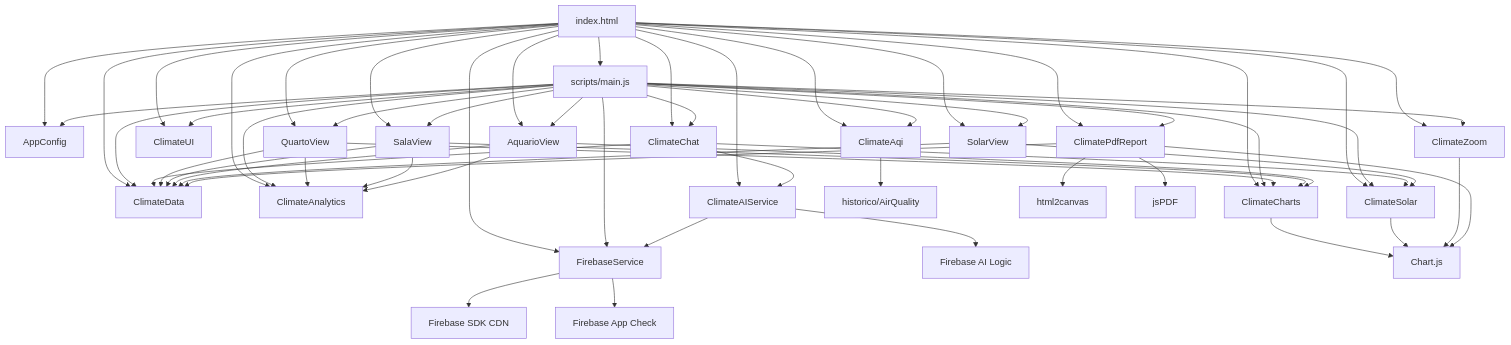
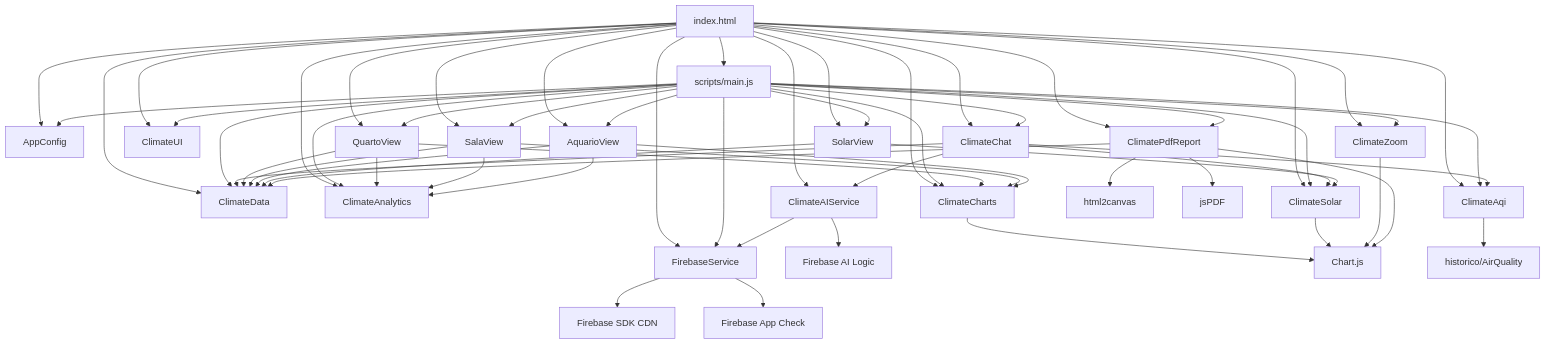
The first of 2 diagrams in docs/DEPENDENCY_MAP.md (anvmano/anvmano.github.io), drawn with Mermaid before and after one commit. The commit also changed other lines of this file and 32 other files, not shown here.

````diff
--- a/docs/DEPENDENCY_MAP.md
+++ b/docs/DEPENDENCY_MAP.md
@@ -5,63 +5,64 @@
 ```mermaid
 graph TD
     HTML[index.html] --> Config[AppConfig]
     HTML --> Data[ClimateData]
     HTML --> Analytics[ClimateAnalytics]
     HTML --> Solar[ClimateSolar]
     HTML --> Charts[ClimateCharts]
     HTML --> Aqi[ClimateAqi]
     HTML --> Firebase[FirebaseService]
     HTML --> AI[ClimateAIService]
     HTML --> Chat[ClimateChat]
     HTML --> UI[ClimateUI]
     HTML --> Zoom[ClimateZoom]
     HTML --> Pdf[ClimatePdfReport]
     HTML --> Quarto[QuartoView]
     HTML --> Aquario[AquarioView]
     HTML --> Sala[SalaView]
     HTML --> SolarView[SolarView]
     HTML --> Main[scripts/main.js]
 
     Main --> Config
     Main --> Data
     Main --> Analytics
     Main --> Solar
     Main --> Charts
     Main --> Aqi
     Main --> Firebase
     Main --> Chat
     Main --> UI
     Main --> Zoom
     Main --> Pdf
     Main --> Quarto
     Main --> Aquario
     Main --> Sala
     Main --> SolarView
 
     Firebase --> FirebaseSDK[Firebase SDK CDN]
     Firebase --> AppCheck[Firebase App Check]
     AI --> Firebase
     AI --> FirebaseAI[Firebase AI Logic]
     Chat --> AI
     Chat --> Data
     Chat --> Solar
+    Chat --> Aqi
     Quarto --> Data
     Quarto --> Analytics
     Quarto --> Charts
     Sala --> Data
     Sala --> Analytics
     Sala --> Charts
     Aquario --> Data
     Aquario --> Analytics
     Aquario --> Charts
     SolarView --> Data
     SolarView --> Solar
     Charts --> ChartJS[Chart.js]
     Aqi --> LivingRoomData[historico/AirQuality]
     Solar --> ChartJS
     Zoom --> ChartJS
     Pdf --> Html2Canvas[html2canvas]
     Pdf --> JsPDF[jsPDF]
     Pdf --> Data
     Pdf --> ChartJS
 ```
````
